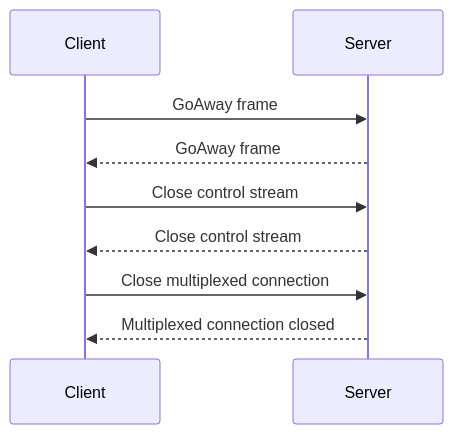
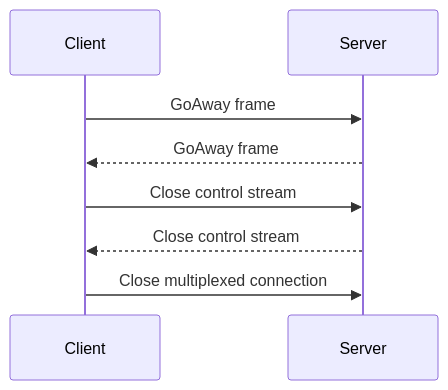
One commit to icerpc/icerpc-docs changed the diagram in pages/icerpc-core/icerpc-protocol/connection-shutdown.md. Above: the diagram before and after it, drawn with Mermaid. The commit also changed 4 other files, not shown here.

````diff
--- a/pages/icerpc-core/icerpc-protocol/connection-shutdown.md
+++ b/pages/icerpc-core/icerpc-protocol/connection-shutdown.md
@@ -47,9 +47,8 @@
 ```mermaid
 sequenceDiagram
     Client->>Server: GoAway frame
     Server-->>Client: GoAway frame
     Client->>Server: Close control stream
     Server-->>Client: Close control stream
     Client->>Server: Close multiplexed connection
-    Server-->>Client: Multiplexed connection closed
 ```
````
